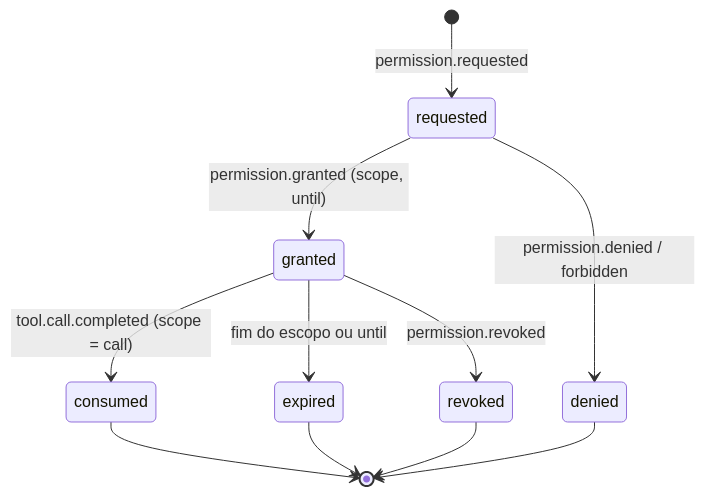
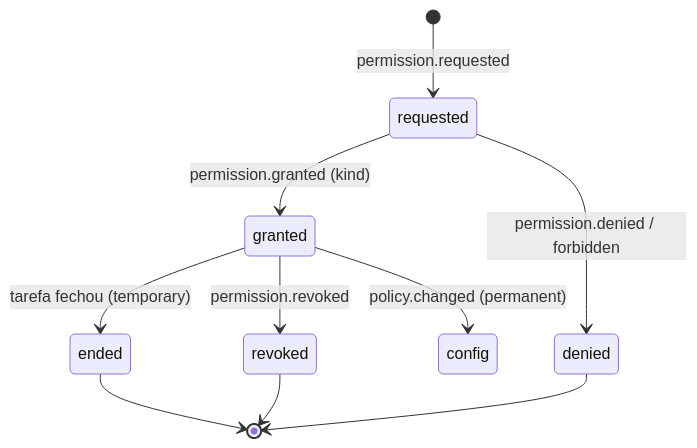
The fifth of 5 diagrams in docs/to-be/permission-negotiation.md (This-Is-NPC/omunculus), drawn with Mermaid before and after one commit. The commit also changed other lines of this file and 3 other files, not shown here.

First line of the commit message:
docs(to-be): temporary grants belong to the task, permanent to config

````diff
--- a/docs/to-be/permission-negotiation.md
+++ b/docs/to-be/permission-negotiation.md
@@ -214,13 +232,12 @@
 ```mermaid
 stateDiagram-v2
     [*] --> requested: permission.requested
-    requested --> granted: permission.granted (scope, until)
+    requested --> granted: permission.granted (kind)
     requested --> denied: permission.denied / forbidden
-    granted --> consumed: tool.call.completed (scope = call)
-    granted --> expired: fim do escopo ou until
+    granted --> ended: tarefa fechou (temporary)
+    granted --> config: policy.changed (permanent)
     granted --> revoked: permission.revoked
-    consumed --> [*]
-    expired --> [*]
+    ended --> [*]
     revoked --> [*]
     denied --> [*]
 ```
````
